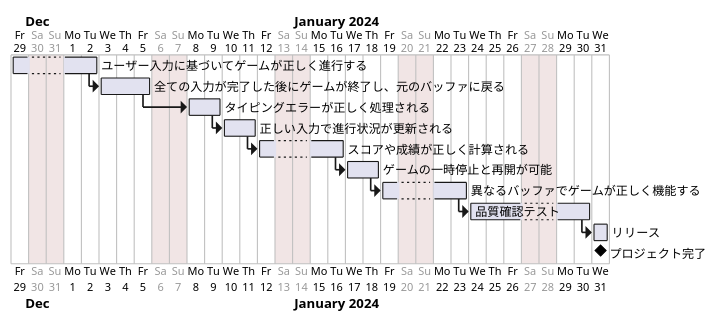
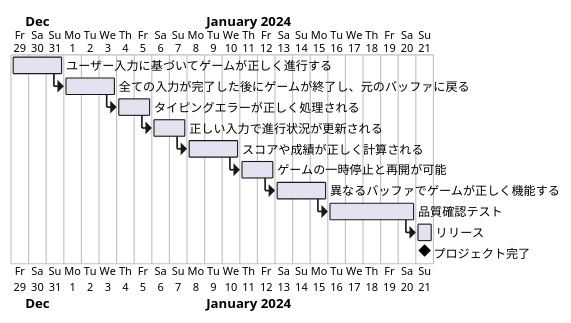
One commit to garchomp-game/nvim-typing-game changed the diagram in gantt.pu. Above: the diagram before and after it, drawn with PlantUML. The commit also changed 1 other file, not shown here.

```diff
--- a/gantt.pu
+++ b/gantt.pu
@@ -1,17 +1,15 @@
 @startgantt
 Project starts 2023/12/29
-saturday are closed
-sunday are closed
 
 [ユーザー入力に基づいてゲームが正しく進行する] lasts 3 days
 [全ての入力が完了した後にゲームが終了し、元のバッファに戻る] starts at [ユーザー入力に基づいてゲームが正しく進行する]'s end and lasts 3 days
 [タイピングエラーが正しく処理される] starts at [全ての入力が完了した後にゲームが終了し、元のバッファに戻る]'s end and lasts 2 days
 [正しい入力で進行状況が更新される] starts at [タイピングエラーが正しく処理される]'s end and lasts 2 days
 [スコアや成績が正しく計算される] starts at [正しい入力で進行状況が更新される]'s end and lasts 3 days
 [ゲームの一時停止と再開が可能] starts at [スコアや成績が正しく計算される]'s end and lasts 2 days
 [異なるバッファでゲームが正しく機能する] starts at [ゲームの一時停止と再開が可能]'s end and lasts 3 days
 
 [品質確認テスト] starts at [異なるバッファでゲームが正しく機能する]'s end and lasts 5 days
 [リリース] starts at [品質確認テスト]'s end and lasts 1 day
 [プロジェクト完了] happens at [リリース]'s end
 @endgantt
```
